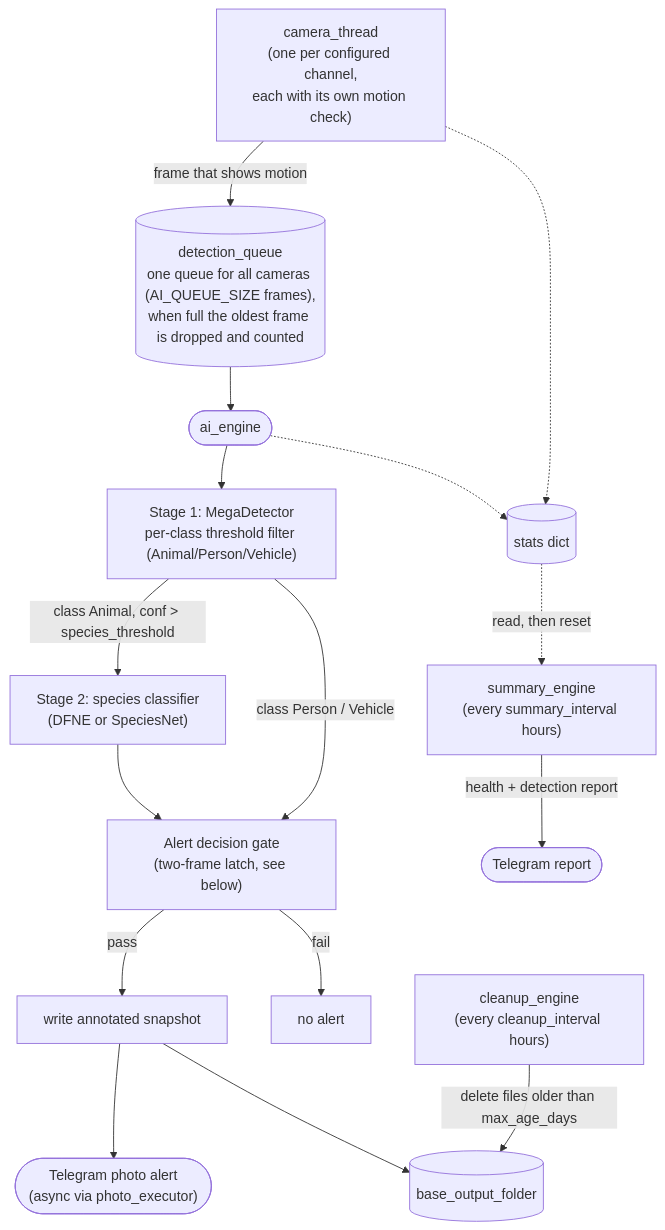
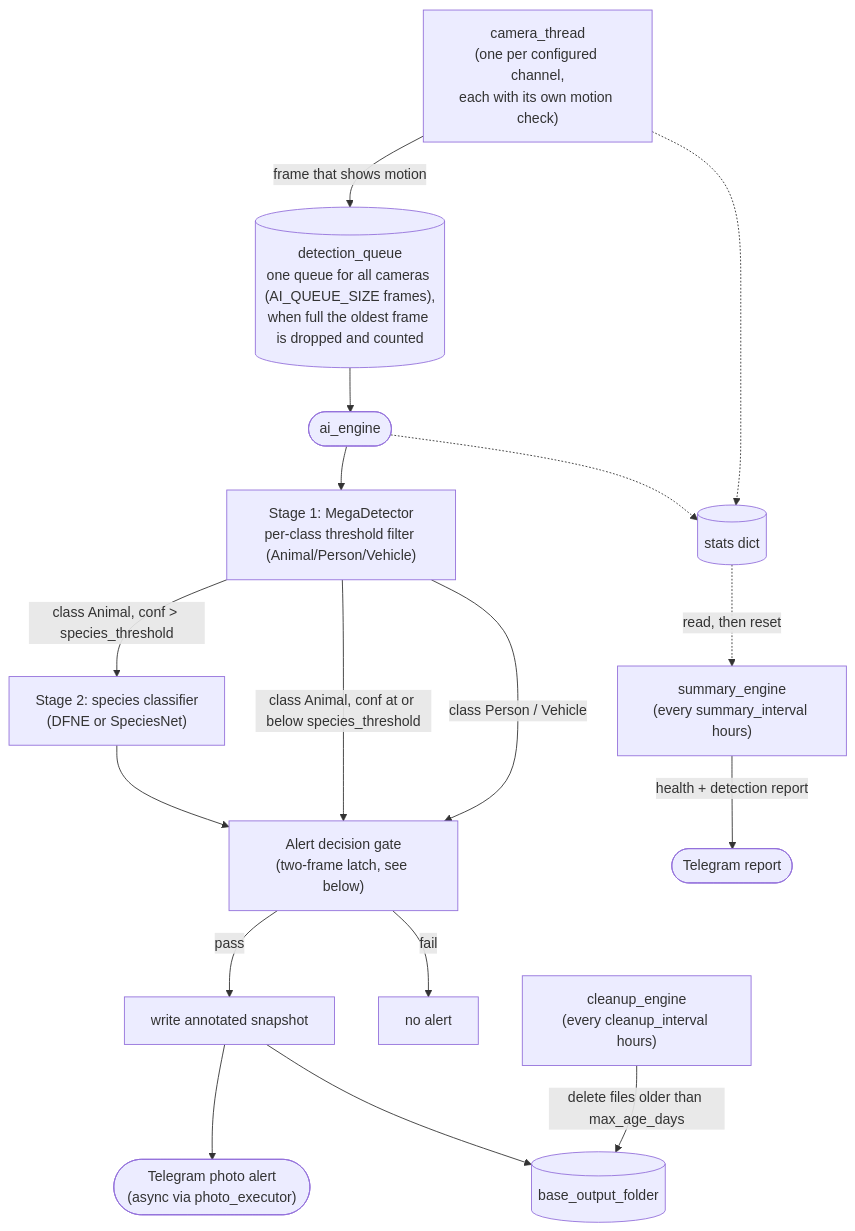
Before and after one commit to maximkonovalov/animalscatcher: the first of 2 diagrams in README.md, drawn with Mermaid. The commit also changed other lines of this file and 8 other files, not shown here.

````diff
--- a/README.md
+++ b/README.md
@@ -381,25 +383,26 @@
 ```mermaid
 flowchart TD
     C["camera_thread<br/>(one per configured channel,<br/>each with its own motion check)"] -->|frame that shows motion| Q
 
     Q[("detection_queue<br/>one queue for all cameras (AI_QUEUE_SIZE frames),<br/>when full the oldest frame is dropped and counted")] --> AI(["ai_engine"])
 
     AI --> MD["Stage 1: MegaDetector<br/>per-class threshold filter (Animal/Person/Vehicle)"]
     MD -->|"class Animal, conf > species_threshold"| SC["Stage 2: species classifier<br/>(DFNE or SpeciesNet)"]
+    MD -->|"class Animal, conf at or below species_threshold"| Gate
     MD -->|"class Person / Vehicle"| Gate
     SC --> Gate["Alert decision gate<br/>(two-frame latch, see below)"]
 
     Gate -->|pass| Snap["write annotated snapshot"]
     Gate -->|fail| NoOp["no alert"]
     Snap --> TG(["Telegram photo alert<br/>(async via photo_executor)"])
     Snap --> Out[("base_output_folder")]
 
     Stats[("stats dict")]
     C -.-> Stats
     AI -.-> Stats
 
     Sum["summary_engine<br/>(every summary_interval hours)"] -->|health + detection report| TG2(["Telegram report"])
     Stats -.->|read, then reset| Sum
 
     Clean["cleanup_engine<br/>(every cleanup_interval hours)"] -->|delete files older than max_age_days| Out
 ```
````
